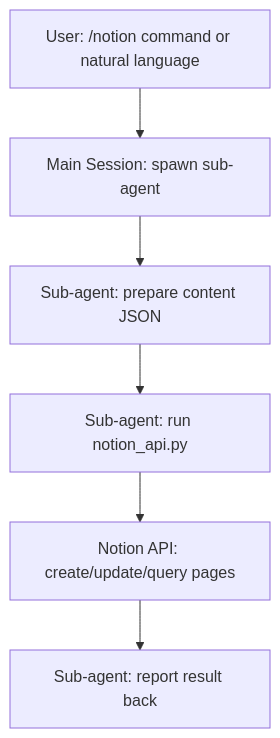
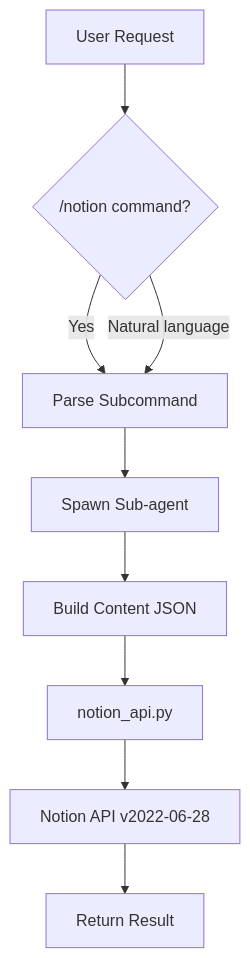
Before and after one commit to MitchellX/awesome-skills: the diagram in openclaw-skills/notion-writer/README.md, drawn with Mermaid. The commit also changed other lines of this file and 12 other files, not shown here.

````diff
--- a/openclaw-skills/notion-writer/README.md
+++ b/openclaw-skills/notion-writer/README.md
@@ -24,8 +24,11 @@
 ```mermaid
 flowchart TD
-    A[User: /notion command or natural language] --> B[Main Session: spawn sub-agent]
-    B --> C[Sub-agent: prepare content JSON]
-    C --> D[Sub-agent: run notion_api.py]
-    D --> E[Notion API: create/update/query pages]
-    E --> F[Sub-agent: report result back]
+    A[User Request] --> B{/notion command?}
+    B -->|Yes| C[Parse Subcommand]
+    B -->|Natural language| C
+    C --> D[Spawn Sub-agent]
+    D --> E[Build Content JSON]
+    E --> F[notion_api.py]
+    F --> G[Notion API v2022-06-28]
+    G --> H[Return Result]
 ```
````
